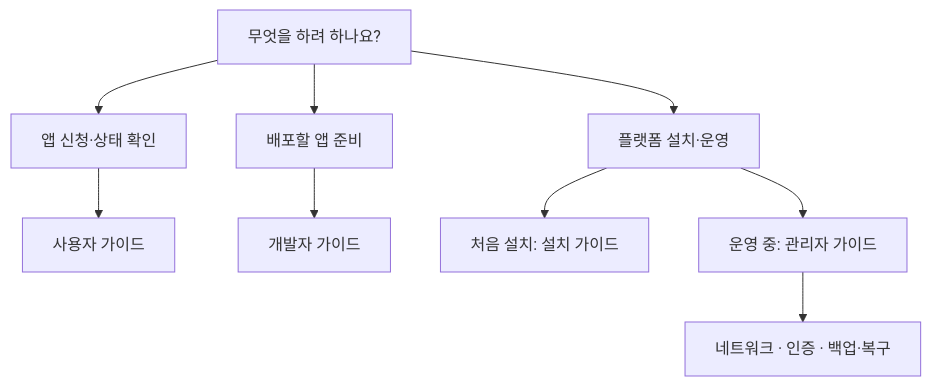
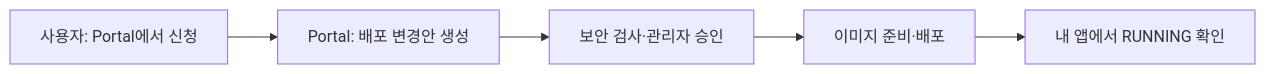
One commit to KREONET/SADP changed the diagram in docs/README.md. Above: the diagram before and after it, drawn with Mermaid. The commit also changed other lines of this file and 46 other files, not shown here.

````diff
--- a/docs/README.md
+++ b/docs/README.md
@@ -11,11 +23,7 @@
 ```mermaid
-flowchart TD
-    Start["무엇을 하려 하나요?"] --> User["앱 신청·상태 확인"]
-    Start --> Dev["배포할 앱 준비"]
-    Start --> Admin["플랫폼 설치·운영"]
-    User --> Usage["사용자 가이드"]
-    Dev --> Developer["개발자 가이드"]
-    Admin --> Install["처음 설치: 설치 가이드"]
-    Admin --> Operate["운영 중: 관리자 가이드"]
-    Operate --> Detail["네트워크 · 인증 · 백업·복구"]
+flowchart LR
+    Request["사용자: Portal에서 신청"] --> PR["Portal: 배포 변경안 생성"]
+    PR --> Review["보안 검사·관리자 승인"]
+    Review --> Deploy["이미지 준비·배포"]
+    Deploy --> Ready["내 앱에서 RUNNING 확인"]
 ```
````
